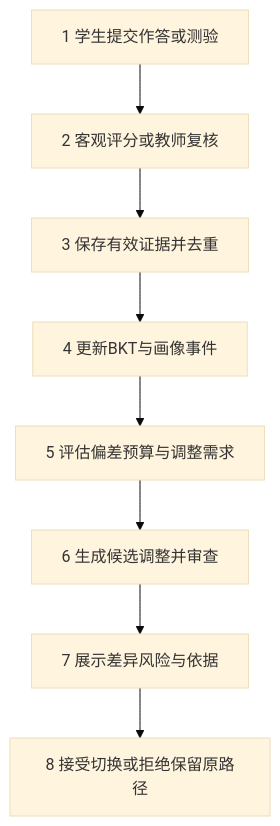
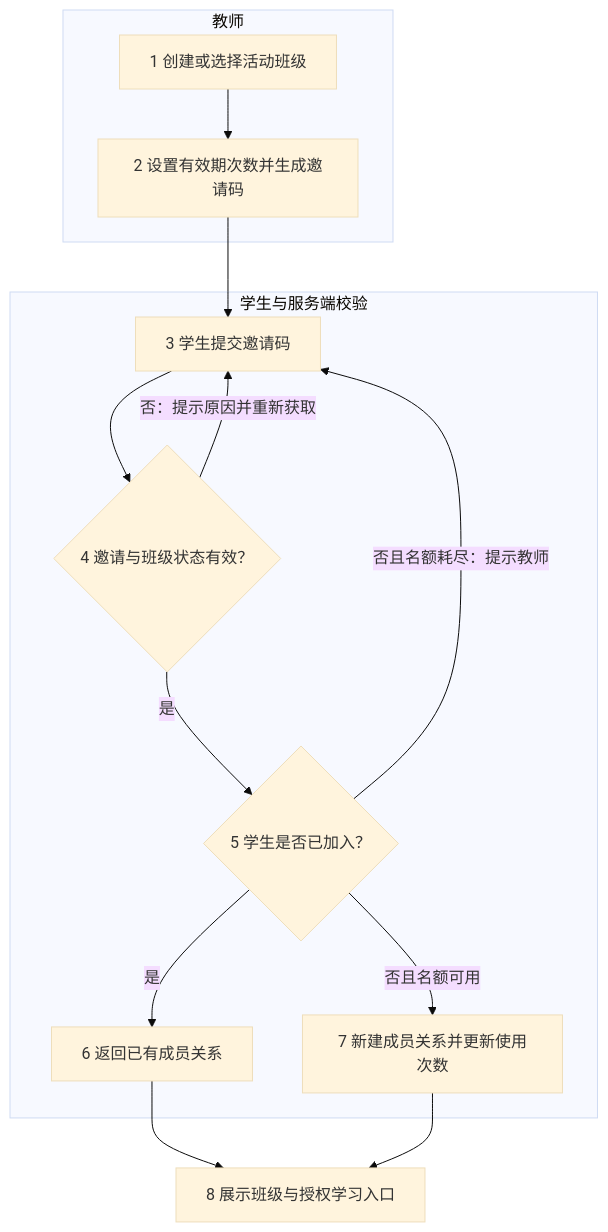
The eighth of 13 diagrams in 第四周ppt文稿.md (TIAN-lab300/my-github), drawn with Mermaid (base theme) before and after one commit. The commit also changed other lines of this file and 98 other files, not shown here.

````diff
--- a/第四周ppt文稿.md
+++ b/第四周ppt文稿.md
@@ -238,10 +408,17 @@
 ```mermaid
 flowchart TD
- A[1 学生提交作答或测验] --> B[2 客观评分或教师复核]
- B --> C[3 保存有效证据并去重]
- C --> D[4 更新BKT与画像事件]
- D --> E[5 评估偏差预算与调整需求]
- E --> F[6 生成候选调整并审查]
- F --> G[7 展示差异风险与依据]
- G --> H[8 接受切换或拒绝保留原路径]
+ subgraph TEACHER[教师]
+ C1[1 创建或选择活动班级] --> C2[2 设置有效期次数并生成邀请码]
+ end
+ subgraph JOIN[学生与服务端校验]
+ C2 --> C3[3 学生提交邀请码]
+ C3 --> C4{4 邀请与班级状态有效？}
+ C4 -->|否：提示原因并重新获取| C3
+ C4 -->|是| C5{5 学生是否已加入？}
+ C5 -->|是| C6[6 返回已有成员关系]
+ C5 -->|否且名额可用| C7[7 新建成员关系并更新使用次数]
+ C5 -->|否且名额耗尽：提示教师| C3
+ end
+ C6 --> C8[8 展示班级与授权学习入口]
+ C7 --> C8
 ```
````
